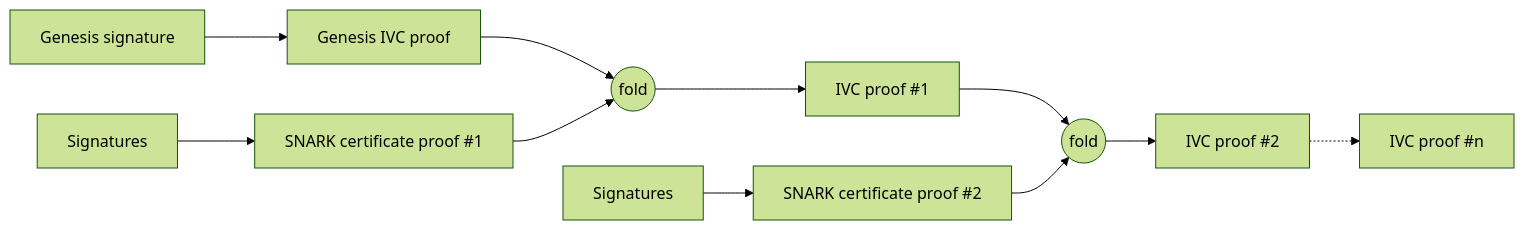
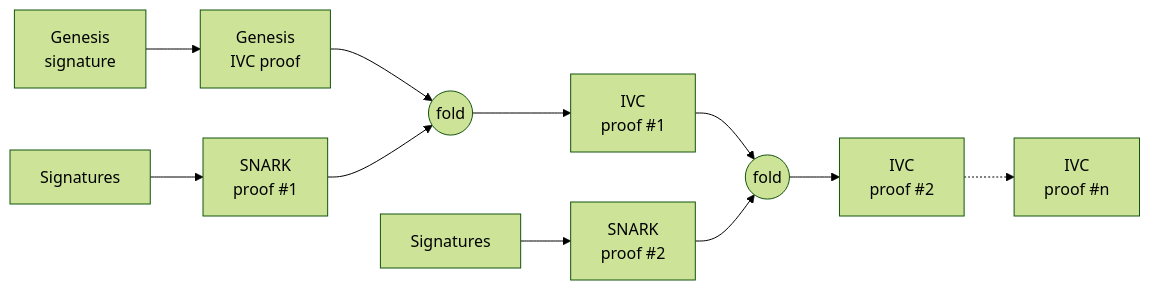
One commit to IntersectMBO/mithril changed the first of 2 diagrams in docs/website/versioned_docs/version-maintained/mithril/advanced/mithril-protocol/aggregation/recursive_SNARK.md. Above: the diagram before and after it, drawn with Mermaid (forest theme). The commit also changed other lines of this file, not shown here.

Commit message:
refactor(doc): reworked the recursive SNARK section

````diff
--- a/docs/website/versioned_docs/version-maintained/mithril/advanced/mithril-protocol/aggregation/recursive_SNARK.md
+++ b/docs/website/versioned_docs/version-maintained/mithril/advanced/mithril-protocol/aggregation/recursive_SNARK.md
@@ -46,16 +14,16 @@
 ```mermaid
 flowchart LR
-    G[Genesis signature] --> P0[Genesis IVC proof]
+    G[Genesis<br/>signature] --> P0[Genesis<br/>IVC proof]
 
-    Sig1[Signatures] --> C1[SNARK certificate proof #1]
+    Sig1[Signatures] --> C1[SNARK<br/>proof #1]
     P0 --> F1((fold))
     C1 --> F1
-    F1 --> P1[IVC proof #1]
+    F1 --> P1[IVC<br/>proof #1]
 
-    Sig2[Signatures] --> C2[SNARK certificate proof #2]
+    Sig2[Signatures] --> C2[SNARK<br/>proof #2]
     P1 --> F2((fold))
     C2 --> F2
-    F2 --> P2[IVC proof #2]
+    F2 --> P2[IVC<br/>proof #2]
 
-    P2 -.-> Pn[IVC proof #n]
+    P2 -.-> Pn[IVC<br/>proof #n]
 ```
````
